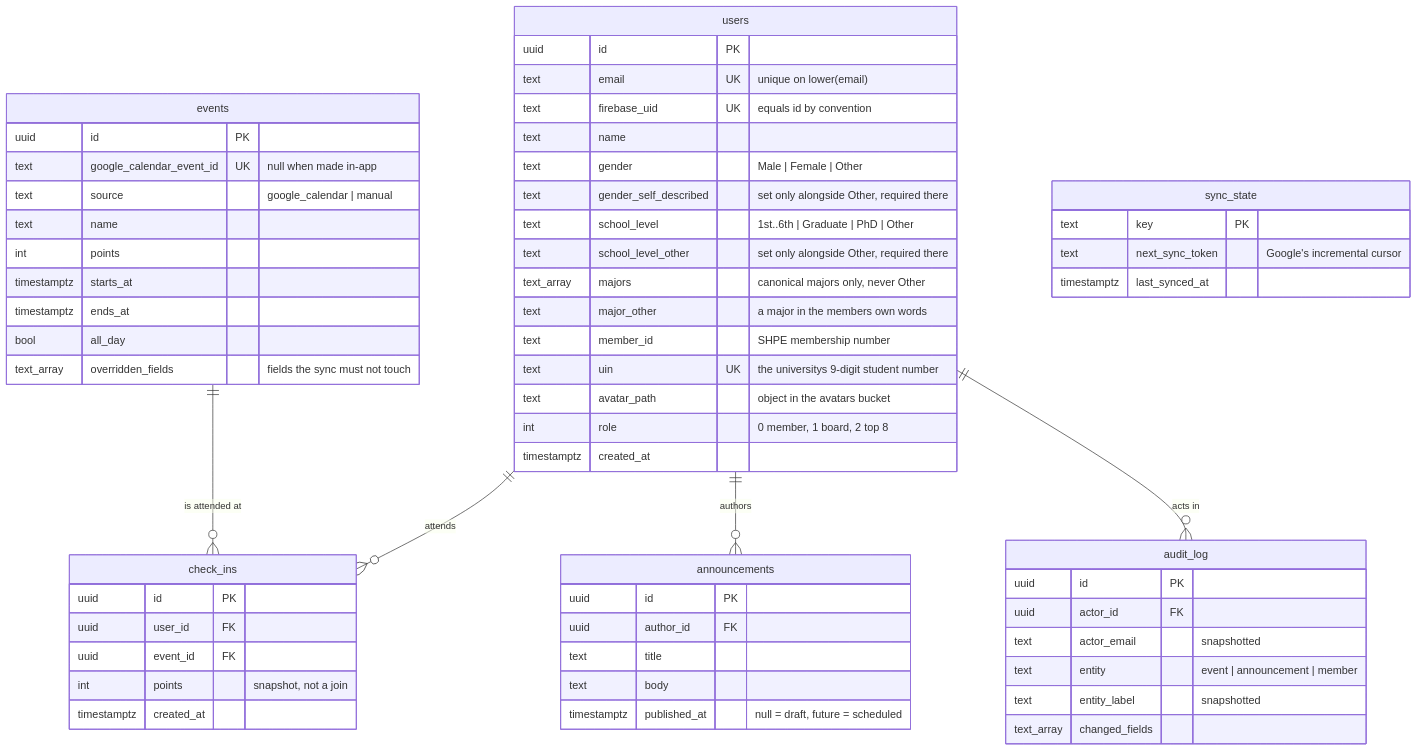
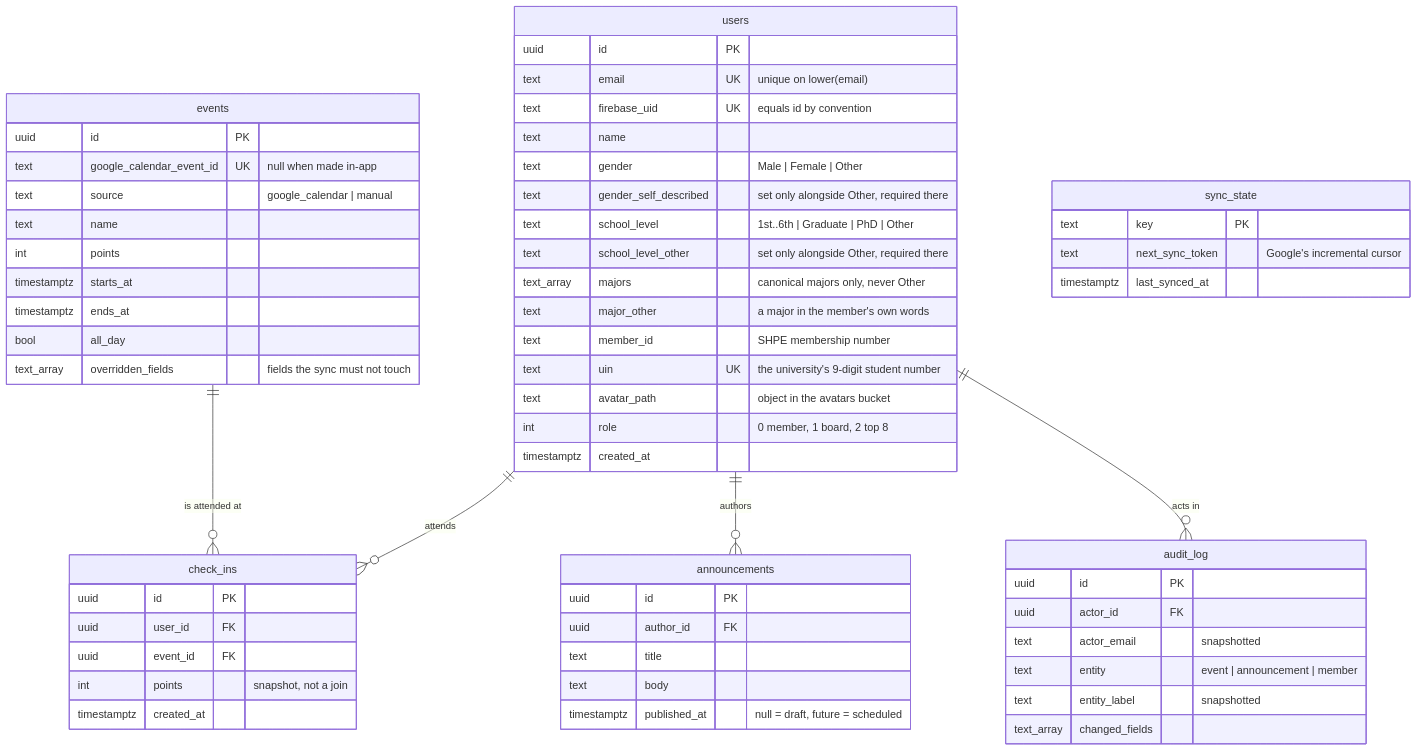
One commit to SHPE-UIC/shpe-web-app changed the tenth of 12 diagrams in docs/ARCHITECTURE.md. Above: the diagram before and after it, drawn with Mermaid.

Commit message:
Potential fix for pull request finding

````diff
--- a/docs/ARCHITECTURE.md
+++ b/docs/ARCHITECTURE.md
@@ -452,63 +452,63 @@
 ```mermaid
 erDiagram
     users ||--o{ check_ins : "attends"
     events ||--o{ check_ins : "is attended at"
     users ||--o{ announcements : "authors"
     users ||--o{ audit_log : "acts in"
 
     users {
         uuid id PK
         text email UK "unique on lower(email)"
         text firebase_uid UK "equals id by convention"
         text name
         text gender "Male | Female | Other"
         text gender_self_described "set only alongside Other, required there"
         text school_level "1st..6th | Graduate | PhD | Other"
         text school_level_other "set only alongside Other, required there"
         text_array majors "canonical majors only, never Other"
-        text major_other "a major in the members own words"
+        text major_other "a major in the member's own words"
         text member_id "SHPE membership number"
-        text uin UK "the universitys 9-digit student number"
+        text uin UK "the university's 9-digit student number"
         text avatar_path "object in the avatars bucket"
         int role "0 member, 1 board, 2 top 8"
         timestamptz created_at
     }
     events {
         uuid id PK
         text google_calendar_event_id UK "null when made in-app"
         text source "google_calendar | manual"
         text name
         int points
         timestamptz starts_at
         timestamptz ends_at
         bool all_day
         text_array overridden_fields "fields the sync must not touch"
     }
     check_ins {
         uuid id PK
         uuid user_id FK
         uuid event_id FK
         int points "snapshot, not a join"
         timestamptz created_at
     }
     announcements {
         uuid id PK
         uuid author_id FK
         text title
         text body
         timestamptz published_at "null = draft, future = scheduled"
     }
     audit_log {
         uuid id PK
         uuid actor_id FK
         text actor_email "snapshotted"
         text entity "event | announcement | member"
         text entity_label "snapshotted"
         text_array changed_fields
     }
     sync_state {
         text key PK
         text next_sync_token "Google's incremental cursor"
         timestamptz last_synced_at
     }
 ```
````
